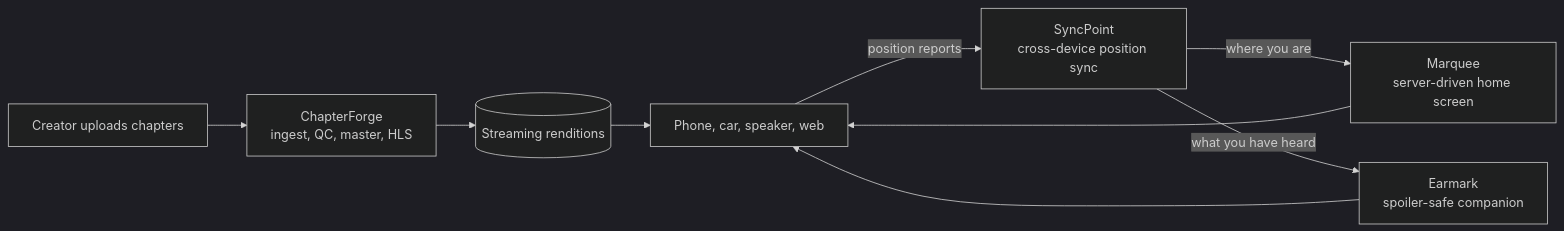
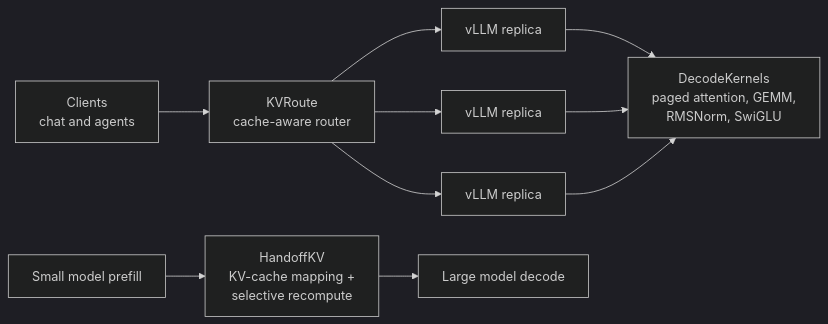
Before and after one commit to JayaChandraDadi/JayaChandraDadi: the diagram in README.md, drawn with Mermaid (dark theme). The commit also changed other lines of this file, not shown here.

````diff
--- a/README.md
+++ b/README.md
@@ -19,11 +19,12 @@
 ```mermaid
 flowchart LR
-    CR[Creator uploads chapters] --> CF[ChapterForge<br/>ingest, QC, master, HLS]
-    CF --> ST[(Streaming renditions)]
-    ST --> D[Phone, car, speaker, web]
-    D -- "position reports" --> SP[SyncPoint<br/>cross-device position sync]
-    SP -- "where you are" --> MQ[Marquee<br/>server-driven home screen]
-    SP -- "what you have heard" --> EM[Earmark<br/>spoiler-safe companion]
-    MQ --> D
-    EM --> D
+    C[Clients<br/>chat and agents] --> KR[KVRoute<br/>cache-aware router]
+    KR --> R1[vLLM replica]
+    KR --> R2[vLLM replica]
+    KR --> R3[vLLM replica]
+    R1 --> DK[DecodeKernels<br/>paged attention, GEMM,<br/>RMSNorm, SwiGLU]
+    R2 --> DK
+    R3 --> DK
+    SM[Small model prefill] --> HK[HandoffKV<br/>KV-cache mapping +<br/>selective recompute]
+    HK --> LM[Large model decode]
 ```
````
